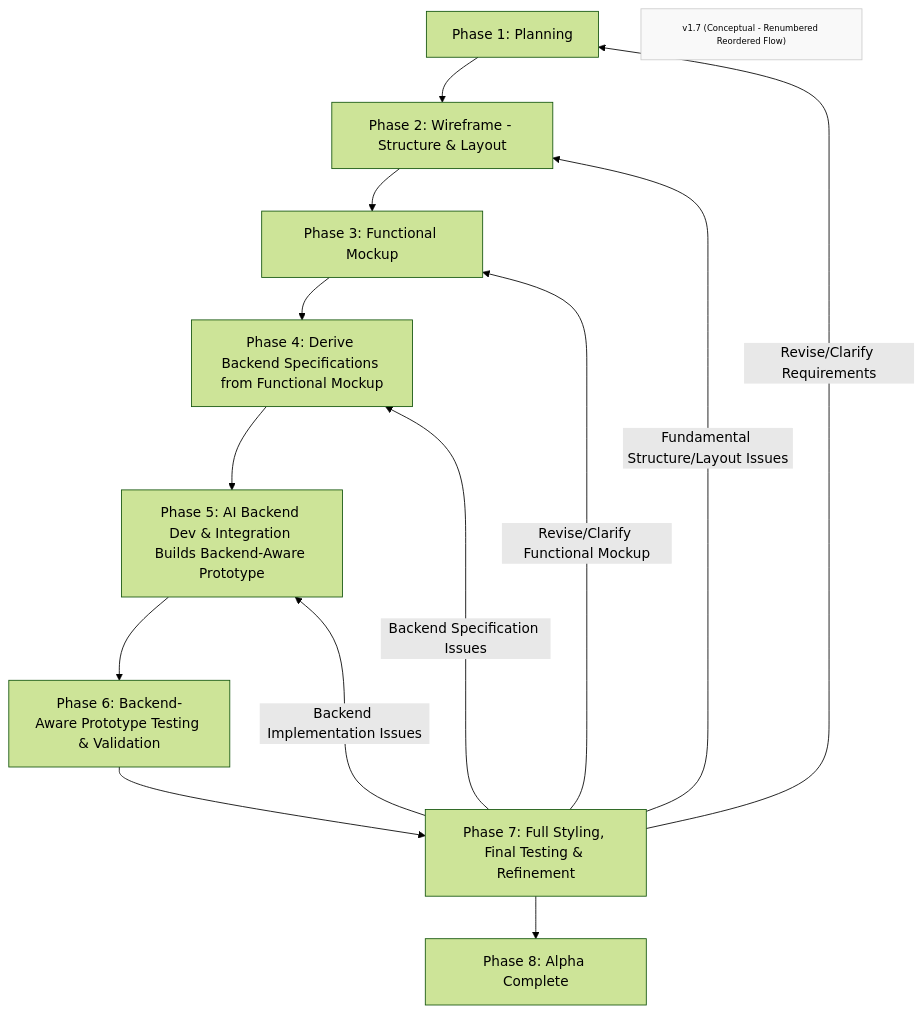
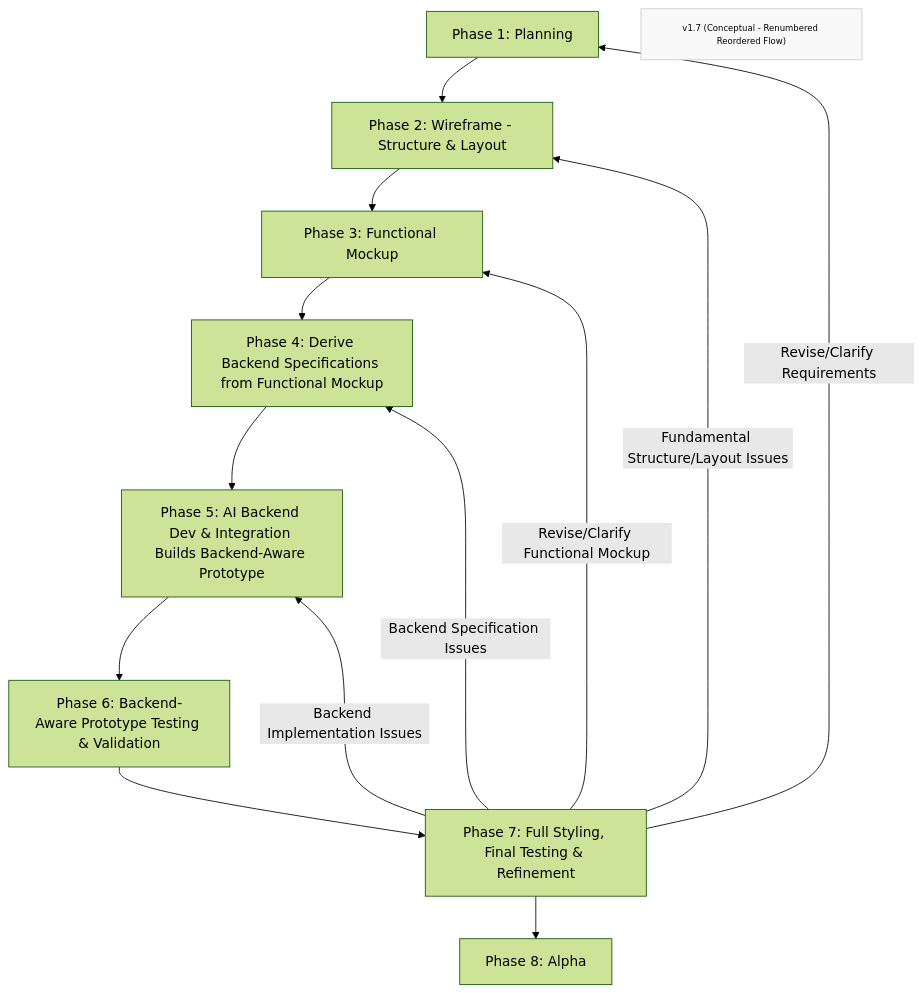
The diagram in Phases/FF-overview.md (Mharbulous/Front-First-Method), drawn with Mermaid (forest theme) before and after one commit.

````diff
--- a/Phases/FF-overview.md
+++ b/Phases/FF-overview.md
@@ -1,22 +1,22 @@
 ```mermaid
 graph TD
     Phase1["Phase 1: Planning"] --> Phase2["Phase 2: Wireframe - Structure & Layout"]
     Phase2 --> Phase3["Phase 3: Functional Mockup"]
     Phase3 --> Phase4["Phase 4: Derive Backend Specifications from Functional Mockup"]
     Phase4 --> Phase5["Phase 5: AI Backend Dev & Integration Builds Backend-Aware Prototype"]
     Phase5 --> Phase6["Phase 6: Backend-Aware Prototype Testing & Validation"]
     Phase6 --> Phase7["Phase 7: Full Styling, Final Testing & Refinement"]
-    Phase7 --> Phase8["Phase 8: Alpha Complete"]
+    Phase7 --> Phase8["Phase 8: Alpha"]
     
     Phase7 -->|Revise/Clarify Requirements| Phase1
     Phase7 -->|Fundamental Structure/Layout Issues| Phase2
     Phase7 -->|Revise/Clarify Functional Mockup| Phase3
     Phase7 -->|Backend Specification Issues| Phase4
     Phase7 -->|Backend Implementation Issues| Phase5            
     
     
 
     VersionInfo["v1.7 (Conceptual - Renumbered Reordered Flow)"]
     classDef version fill:#f9f9f9,stroke:#ccc,font-size:10px;
     class VersionInfo version
 ```
````
